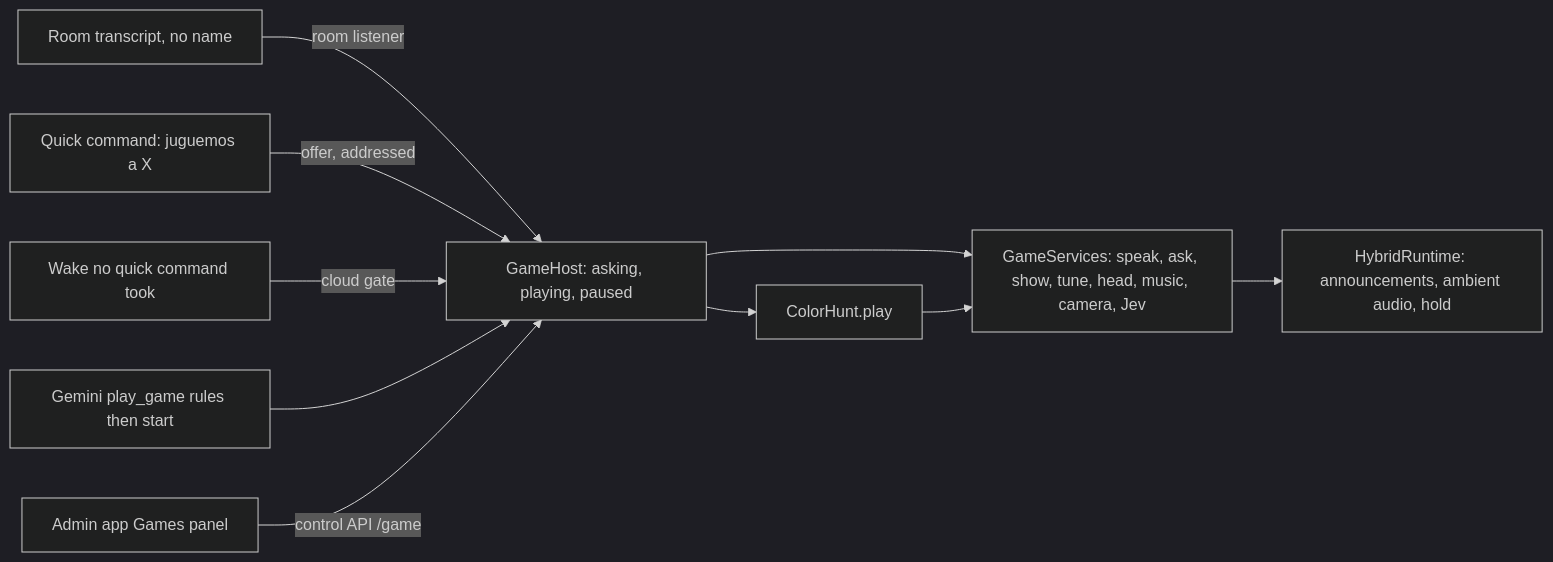
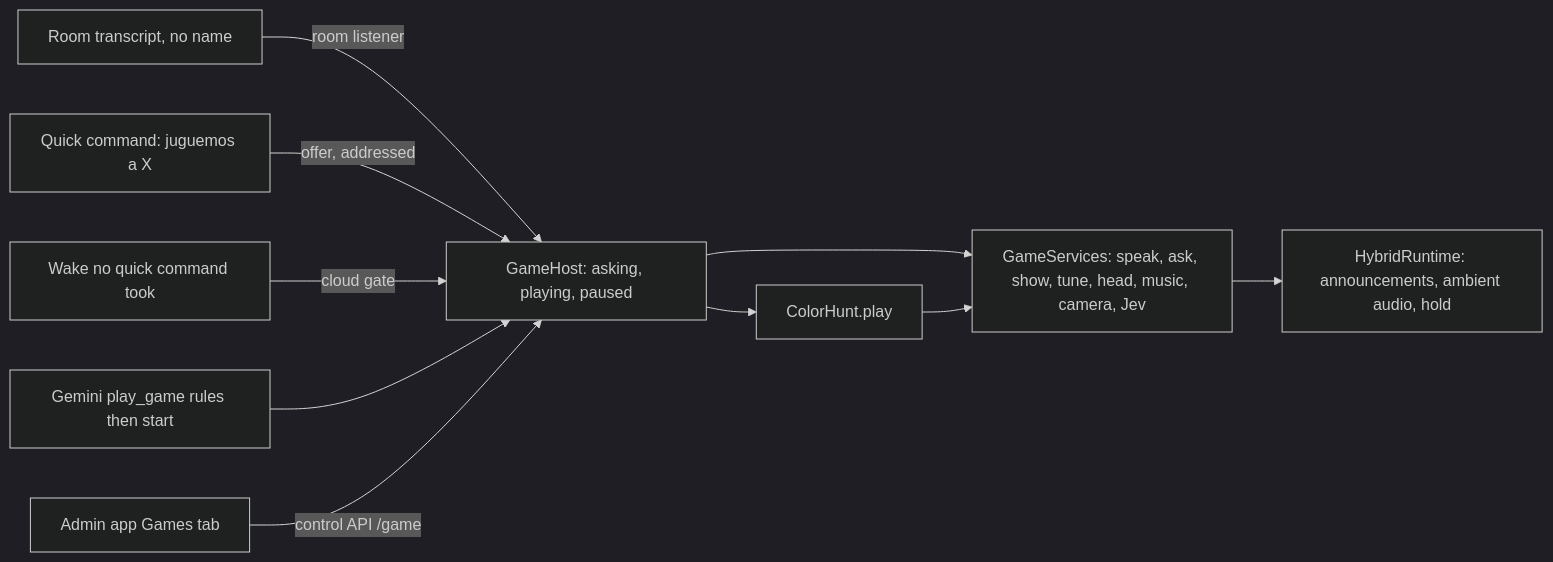
One commit to eduardoyi/reachy_mini_conversation_app changed the diagram in docs/features/games.md. Above: the diagram before and after it, drawn with Mermaid (dark theme). The commit also changed other lines of this file and 28 other files, not shown here.

First line of the commit message:
feat(admin): Games tab with illustrated cards, kids mode and a Now playing card

````diff
--- a/docs/features/games.md
+++ b/docs/features/games.md
@@ -125,12 +128,12 @@
 ```mermaid
 flowchart LR
   Room[Room transcript, no name] -->|room listener| Host
   Quick[Quick command: juguemos a X] -->|offer, addressed| Host
   Gate[Wake no quick command took] -->|cloud gate| Host
   Tool[Gemini play_game rules then start] --> Host
-  Admin[Admin app Games panel] -->|control API /game| Host
+  Admin[Admin app Games tab] -->|control API /game| Host
   Host[GameHost: asking, playing, paused] --> Game[ColorHunt.play]
   Host --> Services[GameServices: speak, ask, show, tune, head, music, camera, Jev]
   Game --> Services
   Services --> Runtime[HybridRuntime: announcements, ambient audio, hold]
 ```
````
